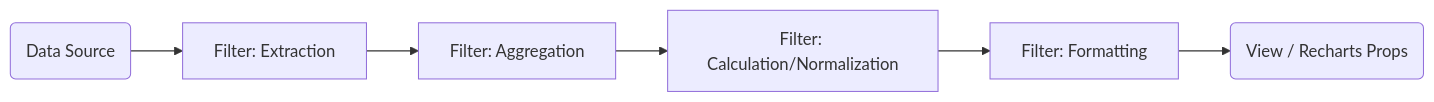
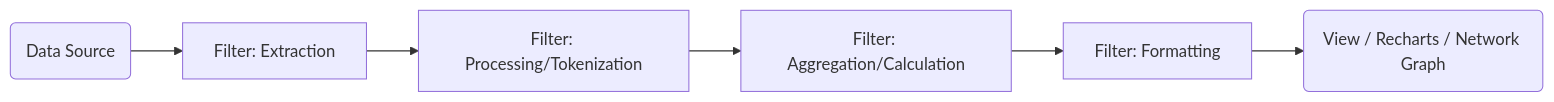
Before and after one commit to MotohiroHoriuchi/BodyAnalyst: the diagram in docs/module-definition/visualization-engine/SPECIFICATIONS.md, drawn with Mermaid. The commit also changed other lines of this file and 4 other files, not shown here.

Commit message:
docs: add research on paper logs and graph visualization specs

````diff
--- a/docs/module-definition/visualization-engine/SPECIFICATIONS.md
+++ b/docs/module-definition/visualization-engine/SPECIFICATIONS.md
@@ -11,8 +11,8 @@
 ```mermaid
 graph LR
     Source(Data Source) --> Filter1[Filter: Extraction]
-    Filter1 --> Filter2[Filter: Aggregation]
-    Filter2 --> Filter3[Filter: Calculation/Normalization]
+    Filter1 --> Filter2[Filter: Processing/Tokenization]
+    Filter2 --> Filter3[Filter: Aggregation/Calculation]
     Filter3 --> Filter4[Filter: Formatting]
-    Filter4 --> Sink(View / Recharts Props)
+    Filter4 --> Sink(View / Recharts / Network Graph)
 ```
````
